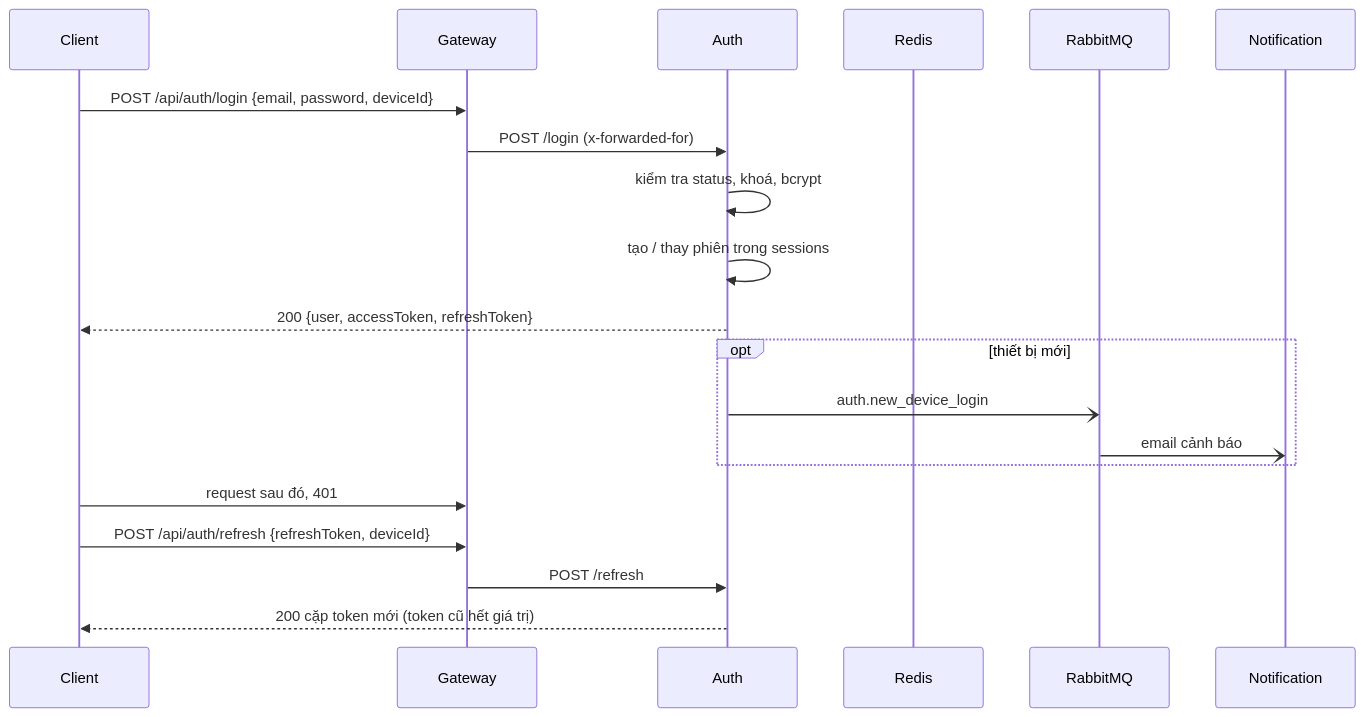
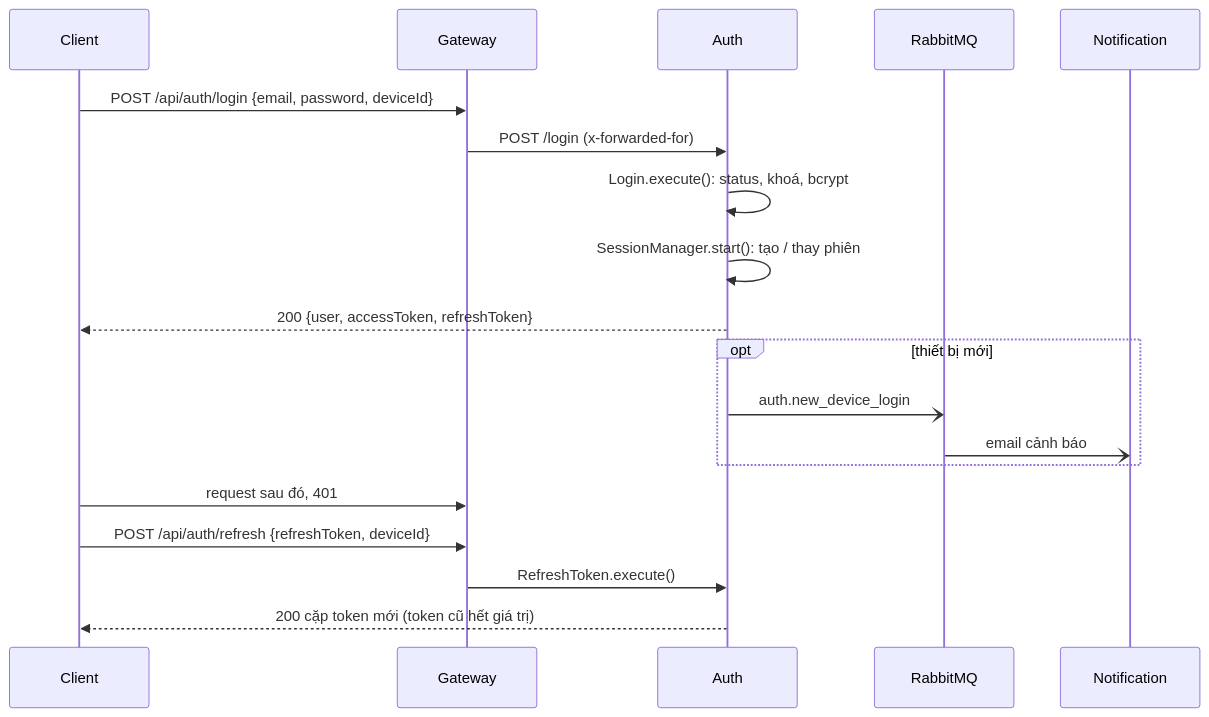
Before and after one commit to Tran-Gia-Phuc/GeoSound: the diagram in docs/use case/lam-truoc/UC01-xac-thuc-tai-khoan.md, drawn with Mermaid. The commit also changed other lines of this file and 23 other files, not shown here.

````diff
--- a/docs/use case/lam-truoc/UC01-xac-thuc-tai-khoan.md
+++ b/docs/use case/lam-truoc/UC01-xac-thuc-tai-khoan.md
@@ -137,22 +162,21 @@
 ```mermaid
 sequenceDiagram
     participant Client
     participant Gateway
     participant Auth
-    participant Redis
     participant RabbitMQ
     participant Notification
     Client->>Gateway: POST /api/auth/login {email, password, deviceId}
     Gateway->>Auth: POST /login (x-forwarded-for)
-    Auth->>Auth: kiểm tra status, khoá, bcrypt
-    Auth->>Auth: tạo / thay phiên trong sessions
+    Auth->>Auth: Login.execute(): status, khoá, bcrypt
+    Auth->>Auth: SessionManager.start(): tạo / thay phiên
     Auth-->>Client: 200 {user, accessToken, refreshToken}
     opt thiết bị mới
         Auth-)RabbitMQ: auth.new_device_login
         RabbitMQ-)Notification: email cảnh báo
     end
     Client->>Gateway: request sau đó, 401
     Client->>Gateway: POST /api/auth/refresh {refreshToken, deviceId}
-    Gateway->>Auth: POST /refresh
+    Gateway->>Auth: RefreshToken.execute()
     Auth-->>Client: 200 cặp token mới (token cũ hết giá trị)
 ```
````
